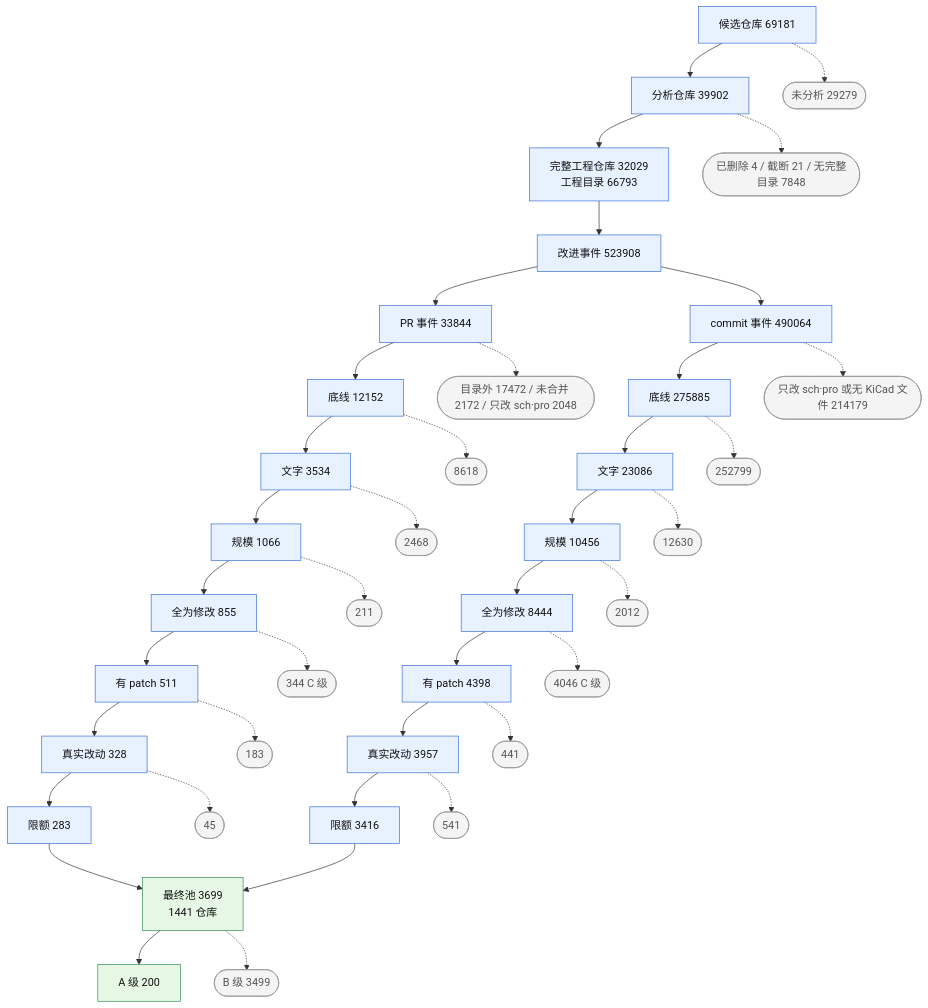
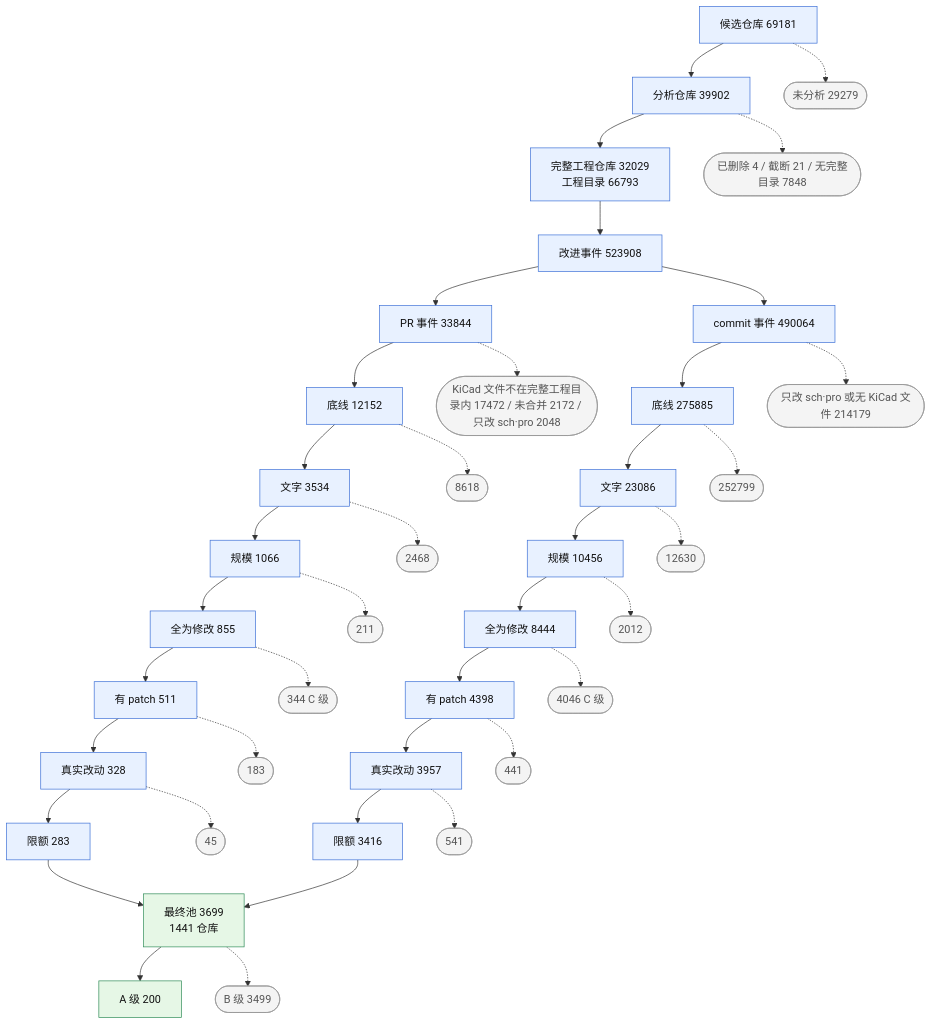
Before and after one commit to Xiafyjck/github_kicad_project_scout: the first of 5 diagrams in reports/progress_report.md, drawn with Mermaid. The commit also changed other lines of this file, not shown here.

Commit message:
reports: define the 'outside project dir' exit; completeness is judged at HEAD

````diff
--- a/reports/progress_report.md
+++ b/reports/progress_report.md
@@ -95,35 +96,35 @@
 ```mermaid
 flowchart TB
     classDef exit fill:#f4f4f4,stroke:#999,color:#555
     classDef keep fill:#e8f1ff,stroke:#3b6fd6,color:#111
     classDef final fill:#e6f7e6,stroke:#2e8b57,color:#111
 
     C[候选仓库 69181]:::keep --> A[分析仓库 39902]:::keep --> Q[完整工程仓库 32029<br/>工程目录 66793]:::keep --> E[改进事件 523908]:::keep
     C -.-> CX([未分析 29279]):::exit
     A -.-> AX([已删除 4 / 截断 21 / 无完整目录 7848]):::exit
     E --> P[PR 事件 33844]:::keep
     E --> M[commit 事件 490064]:::keep
 
     P --> P3[底线 12152]:::keep --> P4[文字 3534]:::keep --> P5[规模 1066]:::keep --> P6[全为修改 855]:::keep --> P7[有 patch 511]:::keep --> P8[真实改动 328]:::keep --> P9[限额 283]:::keep
-    P -.-> PX0([目录外 17472 / 未合并 2172 / 只改 sch·pro 2048]):::exit
+    P -.-> PX0([KiCad 文件不在完整工程目录内 17472 / 未合并 2172 / 只改 sch·pro 2048]):::exit
     P3 -.-> PX4([8618]):::exit
     P4 -.-> PX5([2468]):::exit
     P5 -.-> PX6([211]):::exit
     P6 -.-> PX7([344 C 级]):::exit
     P7 -.-> PX8([183]):::exit
     P8 -.-> PX9([45]):::exit
 
     M --> M3[底线 275885]:::keep --> M4[文字 23086]:::keep --> M5[规模 10456]:::keep --> M6[全为修改 8444]:::keep --> M7[有 patch 4398]:::keep --> M8[真实改动 3957]:::keep --> M9[限额 3416]:::keep
     M -.-> MX0([只改 sch·pro 或无 KiCad 文件 214179]):::exit
     M3 -.-> MX4([252799]):::exit
     M4 -.-> MX5([12630]):::exit
     M5 -.-> MX6([2012]):::exit
     M6 -.-> MX7([4046 C 级]):::exit
     M7 -.-> MX8([441]):::exit
     M8 -.-> MX9([541]):::exit
 
     P9 --> F[最终池 3699<br/>1441 仓库]:::final
     M9 --> F
     F --> G[A 级 200]:::final
     F -.-> FB([B 级 3499]):::exit
 ```
````
